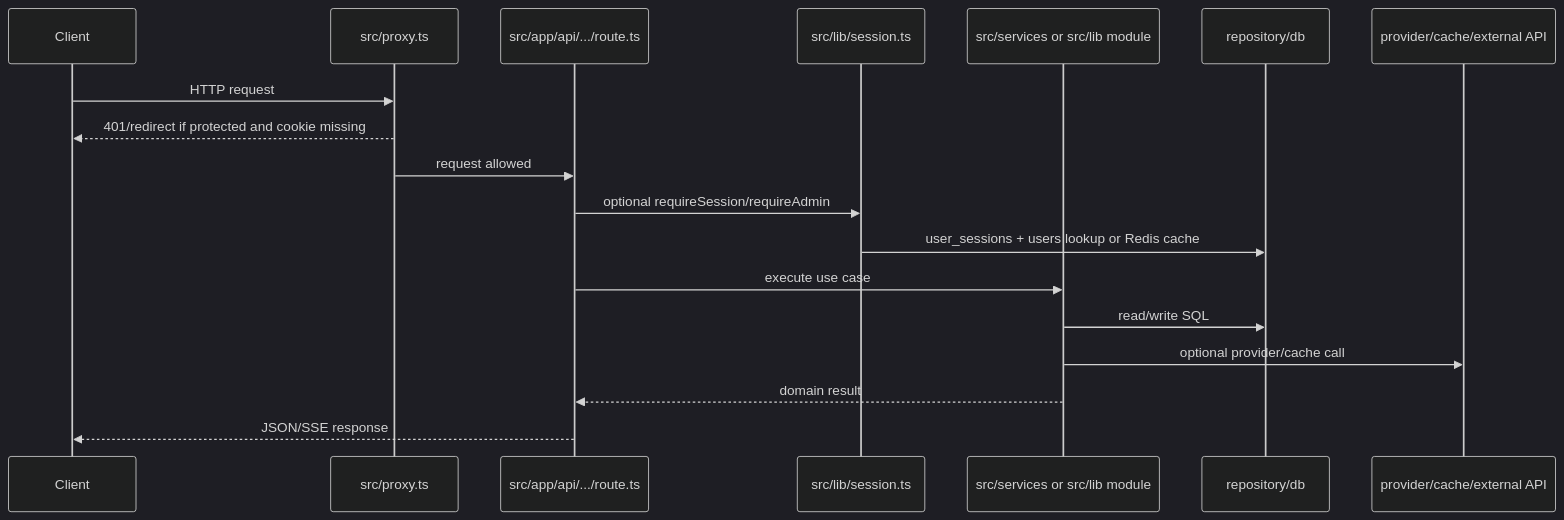
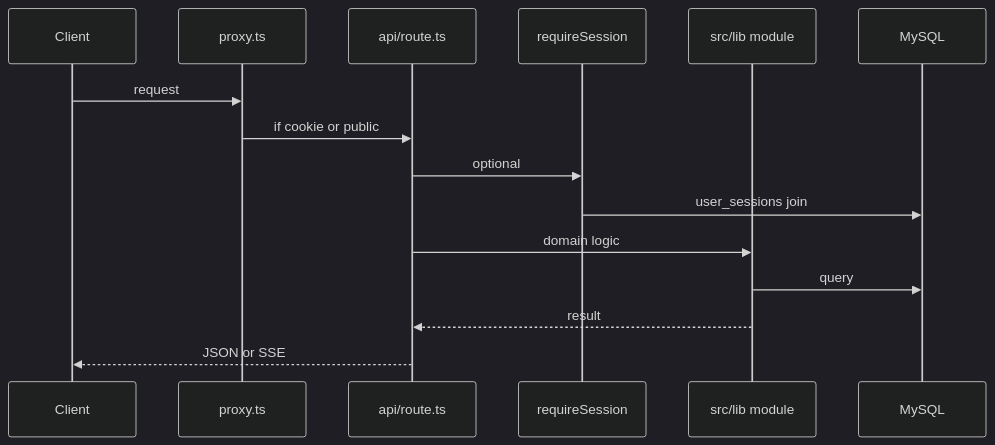
Before and after one commit to saurabhmani/api-update: the seventh of 7 diagrams in ARCHITECTURE.md, drawn with Mermaid (dark theme). The commit also changed other lines of this file, not shown here.

Commit message:
Architecture.md Updated

````diff
--- a/ARCHITECTURE.md
+++ b/ARCHITECTURE.md
@@ -404,21 +516,18 @@
 ```mermaid
 sequenceDiagram
     participant Client
-    participant Proxy as src/proxy.ts
-    participant Route as src/app/api/.../route.ts
-    participant Session as src/lib/session.ts
-    participant Service as src/services or src/lib module
-    participant Repo as repository/db
-    participant External as provider/cache/external API
+    participant Proxy as proxy.ts
+    participant Route as api/route.ts
+    participant Session as requireSession
+    participant Lib as src/lib module
+    participant DB as MySQL
 
-    Client->>Proxy: HTTP request
-    Proxy-->>Client: 401/redirect if protected and cookie missing
-    Proxy->>Route: request allowed
-    Route->>Session: optional requireSession/requireAdmin
-    Session->>Repo: user_sessions + users lookup or Redis cache
-    Route->>Service: execute use case
-    Service->>Repo: read/write SQL
-    Service->>External: optional provider/cache call
-    Service-->>Route: domain result
-    Route-->>Client: JSON/SSE response
+    Client->>Proxy: request
+    Proxy->>Route: if cookie or public
+    Route->>Session: optional
+    Session->>DB: user_sessions join
+    Route->>Lib: domain logic
+    Lib->>DB: query
+    Lib-->>Route: result
+    Route-->>Client: JSON or SSE
 ```
````
